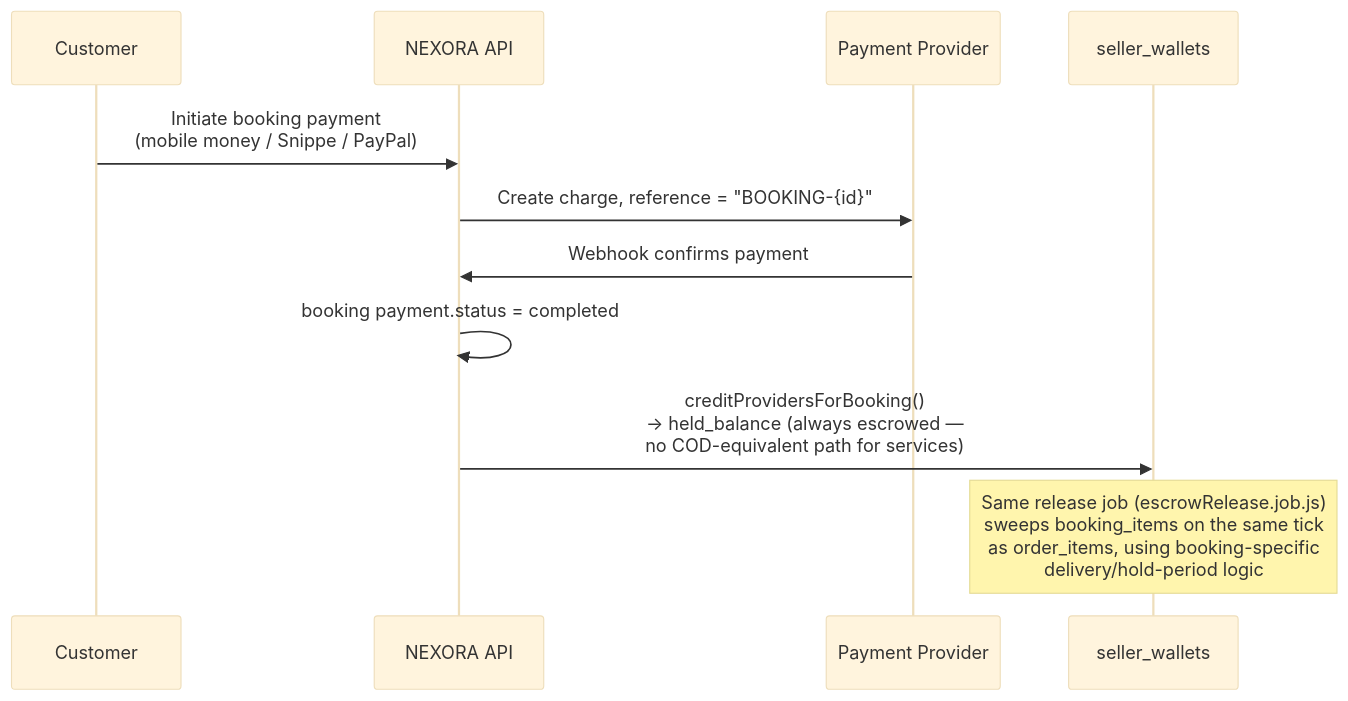
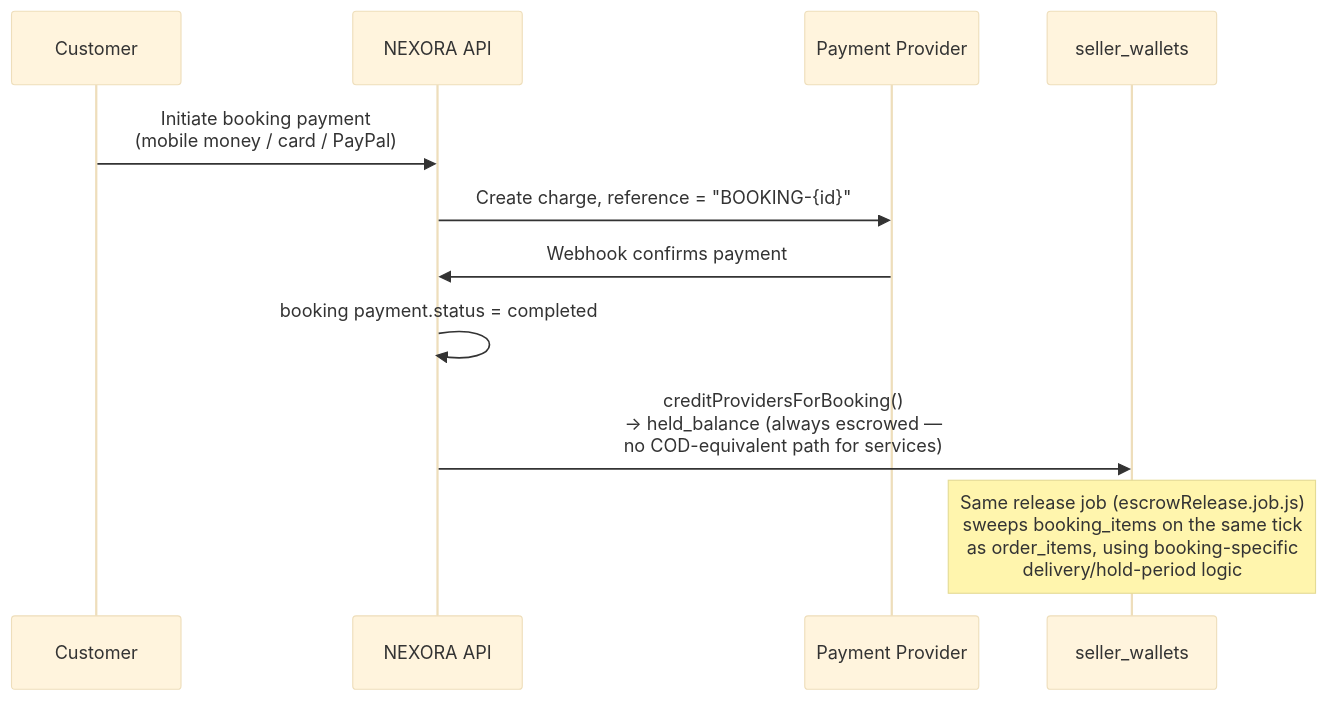
The fourth of 5 diagrams in docs/ESCROW_PAYMENT_FLOW.md (GervasCodes/NEXORA), drawn with Mermaid (base theme) before and after one commit. The commit also changed other lines of this file and 82 other files, not shown here.

````diff
--- a/docs/ESCROW_PAYMENT_FLOW.md
+++ b/docs/ESCROW_PAYMENT_FLOW.md
@@ -83,14 +83,14 @@
 ```mermaid
 sequenceDiagram
     participant Customer
     participant API as NEXORA API
     participant Provider as Payment Provider
     participant Wallet as seller_wallets
 
-    Customer->>API: Initiate booking payment<br/>(mobile money / Snippe / PayPal)
+    Customer->>API: Initiate booking payment<br/>(mobile money / card / PayPal)
     API->>Provider: Create charge, reference = "BOOKING-{id}"
     Provider->>API: Webhook confirms payment
     API->>API: booking payment.status = completed
     API->>Wallet: creditProvidersForBooking()<br/>→ held_balance (always escrowed —<br/>no COD-equivalent path for services)
     Note over Wallet: Same release job (escrowRelease.job.js)<br/>sweeps booking_items on the same tick<br/>as order_items, using booking-specific<br/>delivery/hold-period logic
 ```
````
